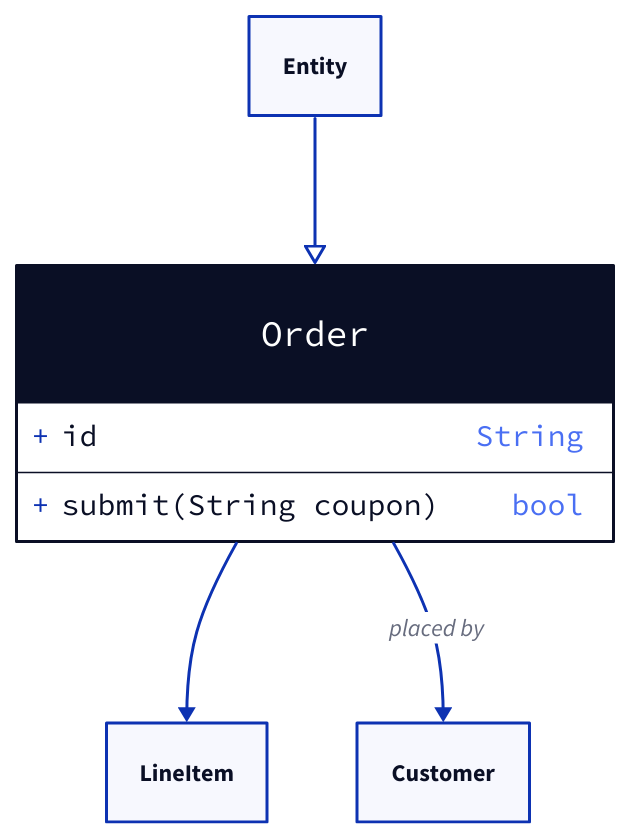
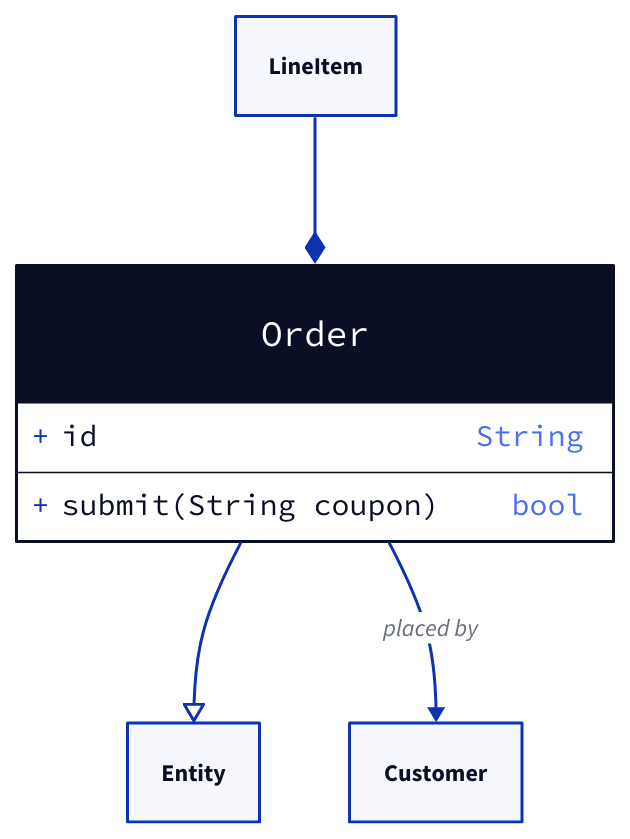
The diagram in docs/examples/class.d2 (noamsto/mermaid2d2), drawn with D2 before and after one commit. The commit also changed 5 other files, not shown here.

First line of the commit message:
fix: put class diagram UML markers on the end that carries them (#67)

```diff
--- a/docs/examples/class.d2
+++ b/docs/examples/class.d2
@@ -1,8 +1,8 @@
 Order: {
   shape: class
   +id: String
   +submit(String coupon): bool
 }
-Entity -> Order: {target-arrowhead: {shape: triangle; style.filled: false}}
-Order -> LineItem: {source-arrowhead: {shape: diamond}}
+Entity <- Order: {source-arrowhead: {shape: triangle; style.filled: false}}
+Order <- LineItem: {source-arrowhead: {shape: diamond; style.filled: true}}
 Order -> Customer: placed by
```
